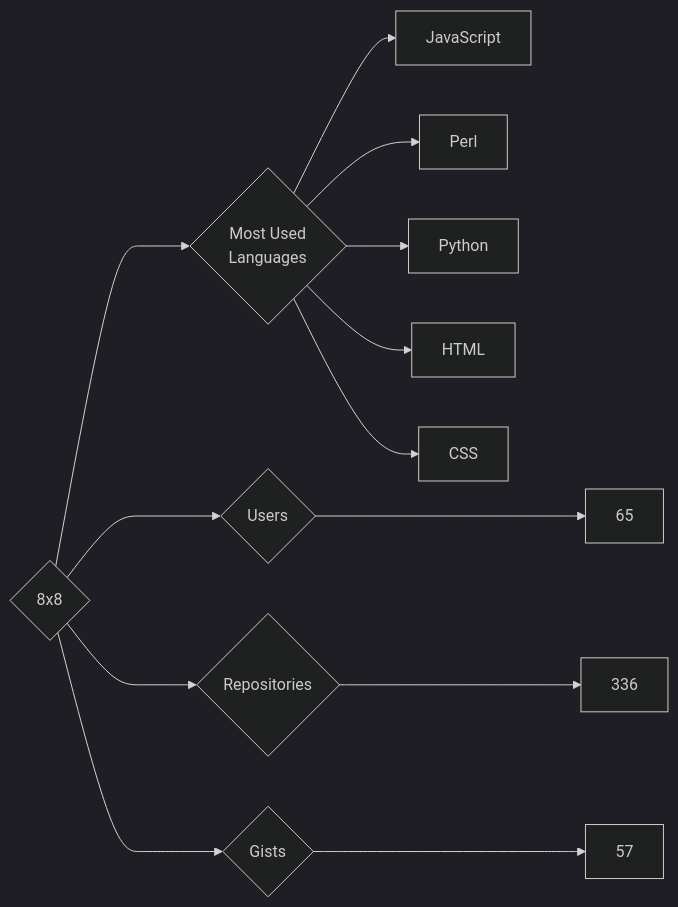
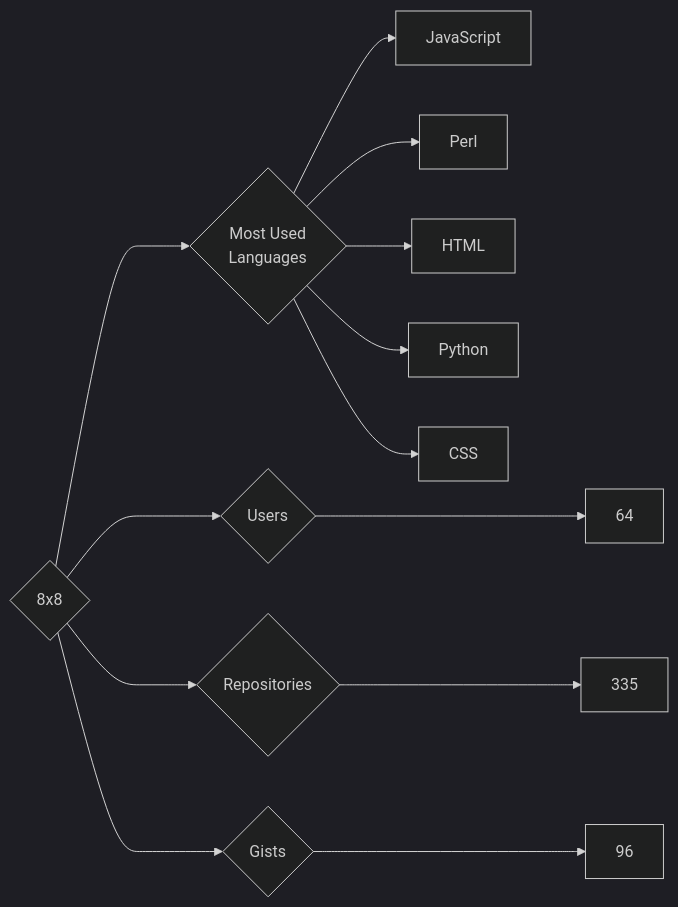
One commit to trickest/insiders changed the diagram in targets/8x8/README.md. Above: the diagram before and after it, drawn with Mermaid (dark theme). The commit also changed 815 other files, not shown here.

````diff
--- a/targets/8x8/README.md
+++ b/targets/8x8/README.md
@@ -3,13 +3,13 @@
 ```mermaid
 graph LR
 COMPANY_NAME{8x8}
-COMPANY_NAME ---> U{Users} ---> UN[65]
-COMPANY_NAME ---> R{Repositories} ---> RN[336]
-COMPANY_NAME ---> G{Gists} ---> GN[57]
+COMPANY_NAME ---> U{Users} ---> UN[64]
+COMPANY_NAME ---> R{Repositories} ---> RN[335]
+COMPANY_NAME ---> G{Gists} ---> GN[96]
 COMPANY_NAME ---> ML{Most Used<br>Languages}
 ML --> JavaScript[JavaScript]
 ML --> Perl[Perl]
+ML --> HTML[HTML]
 ML --> Python[Python]
-ML --> HTML[HTML]
 ML --> CSS[CSS]
 ```
````
